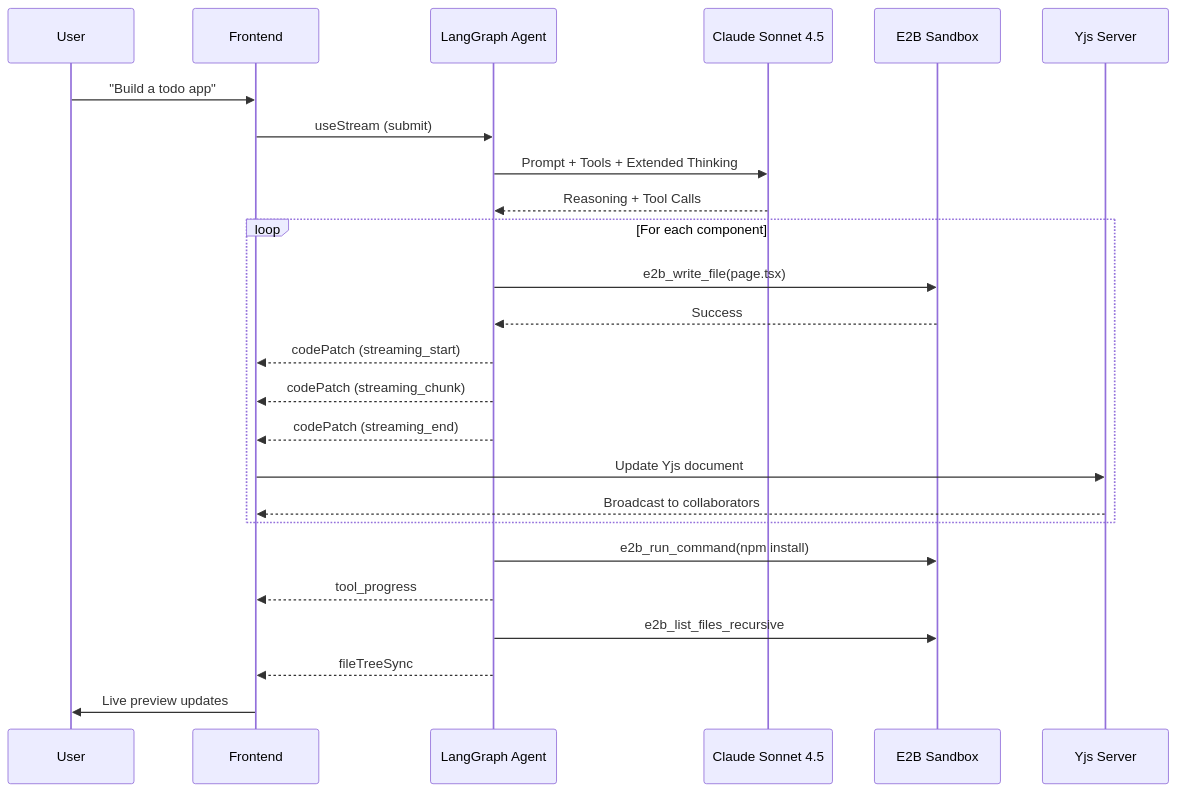
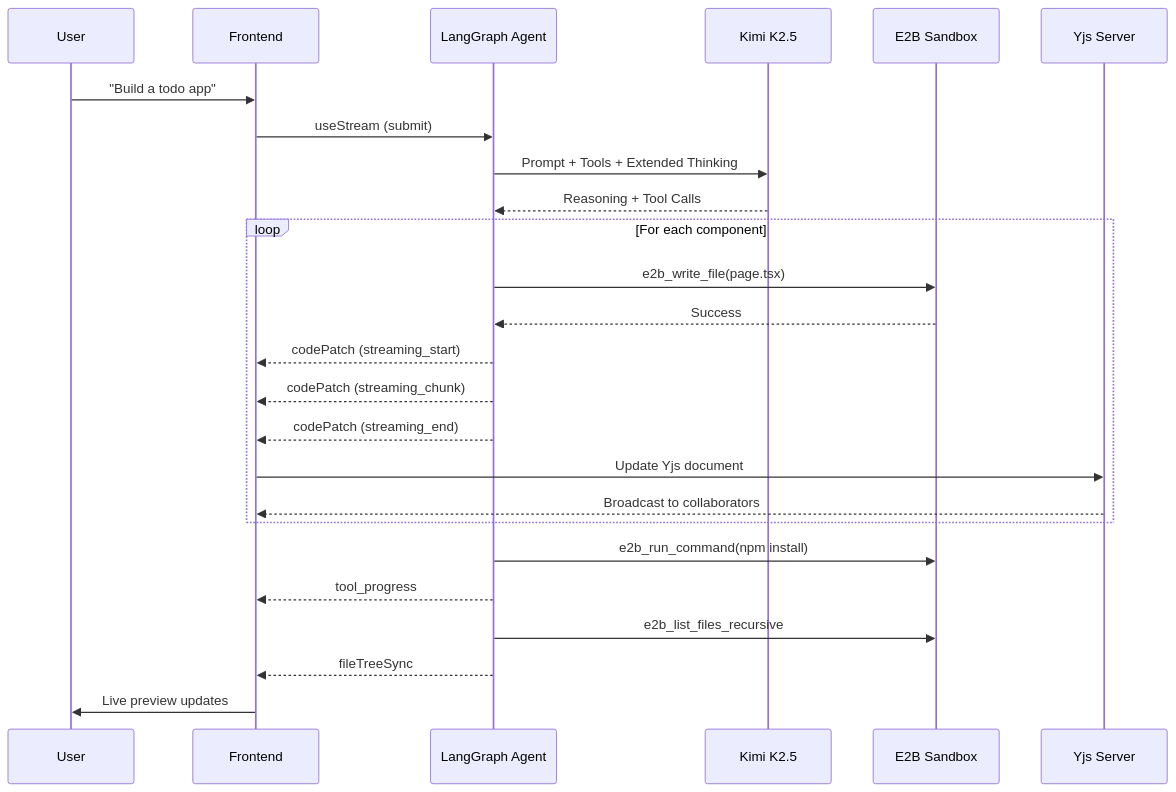
One commit to kaifcoder/codevibe changed the second of 4 diagrams in README.md. Above: the diagram before and after it, drawn with Mermaid. The commit also changed other lines of this file and 23 other files, not shown here.

````diff
--- a/README.md
+++ b/README.md
@@ -81,30 +81,30 @@
 ```mermaid
 sequenceDiagram
     participant U as User
     participant F as Frontend
     participant A as LangGraph Agent
-    participant C as Claude Sonnet 4.5
+    participant C as Kimi K2.5
     participant S as E2B Sandbox
     participant Y as Yjs Server
 
     U->>F: "Build a todo app"
     F->>A: useStream (submit)
     A->>C: Prompt + Tools + Extended Thinking
     C-->>A: Reasoning + Tool Calls
 
     loop For each component
         A->>S: e2b_write_file(page.tsx)
         S-->>A: Success
         A-->>F: codePatch (streaming_start)
         A-->>F: codePatch (streaming_chunk)
         A-->>F: codePatch (streaming_end)
         F->>Y: Update Yjs document
         Y-->>F: Broadcast to collaborators
     end
 
     A->>S: e2b_run_command(npm install)
     A-->>F: tool_progress
     A->>S: e2b_list_files_recursive
     A-->>F: fileTreeSync
     F->>U: Live preview updates
 ```
````
